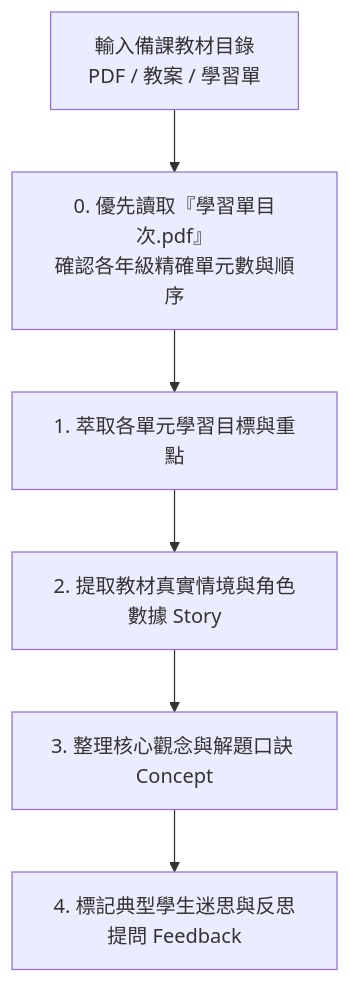
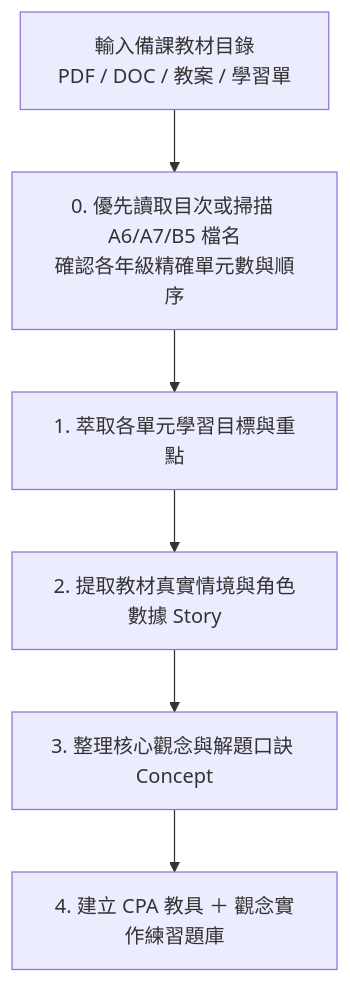
The diagram in making_math_interaction.md (MazingerSam/Grade3), drawn with Mermaid before and after one commit. The commit also changed other lines of this file and 1 other file, not shown here.

Commit message:
docs(skill): update making_math_interaction skill with Hanlin 3-publisher architecture, Practice Lab engine, and Wrangler 4.160+ deployment safeguards

````diff
--- a/making_math_interaction.md
+++ b/making_math_interaction.md
@@ -30,8 +31,8 @@
 ```mermaid
 flowchart TD
-    A["輸入備課教材目錄<br>PDF / 教案 / 學習單"] --> A1["0. 優先讀取『學習單目次.pdf』<br>確認各年級精確單元數與順序"]
+    A["輸入備課教材目錄<br>PDF / DOC / 教案 / 學習單"] --> A1["0. 優先讀取目次或掃描 A6/A7/B5 檔名<br>確認各年級精確單元數與順序"]
     A1 --> B["1. 萃取各單元學習目標與重點"]
     B --> C["2. 提取教材真實情境與角色數據 Story"]
     C --> D["3. 整理核心觀念與解題口訣 Concept"]
-    D --> E["4. 標記典型學生迷思與反思提問 Feedback"]
+    D --> E["4. 建立 CPA 教具 ＋ 觀念實作練習題庫"]
 ```
````
